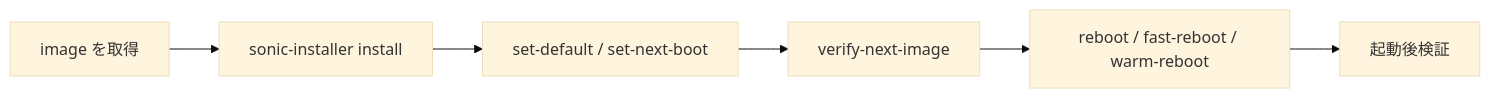
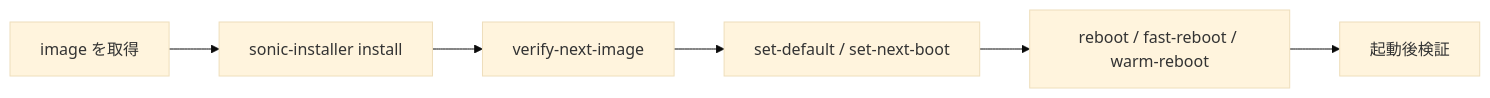
The diagram in docs/topics/11-reboot/upgrade.md (aoki-taquan/sonic-unofficial-docs), drawn with Mermaid (base theme) before and after one commit. The commit also changed 4 other files, not shown here.

First line of the commit message:
review: batch 200 fixes — frontmatter related キー修正・重複見出し統合・flowchart 順序修正

````diff
--- a/docs/topics/11-reboot/upgrade.md
+++ b/docs/topics/11-reboot/upgrade.md
@@ -39,10 +39,10 @@
 ```mermaid
 flowchart LR
   Fetch[image を取得]
   Install[sonic-installer install]
   Verify[verify-next-image]
   Select[set-default / set-next-boot]
   Reboot[reboot / fast-reboot / warm-reboot]
   Validate[起動後検証]
-  Fetch --> Install --> Select --> Verify --> Reboot --> Validate
+  Fetch --> Install --> Verify --> Select --> Reboot --> Validate
 ```
````
